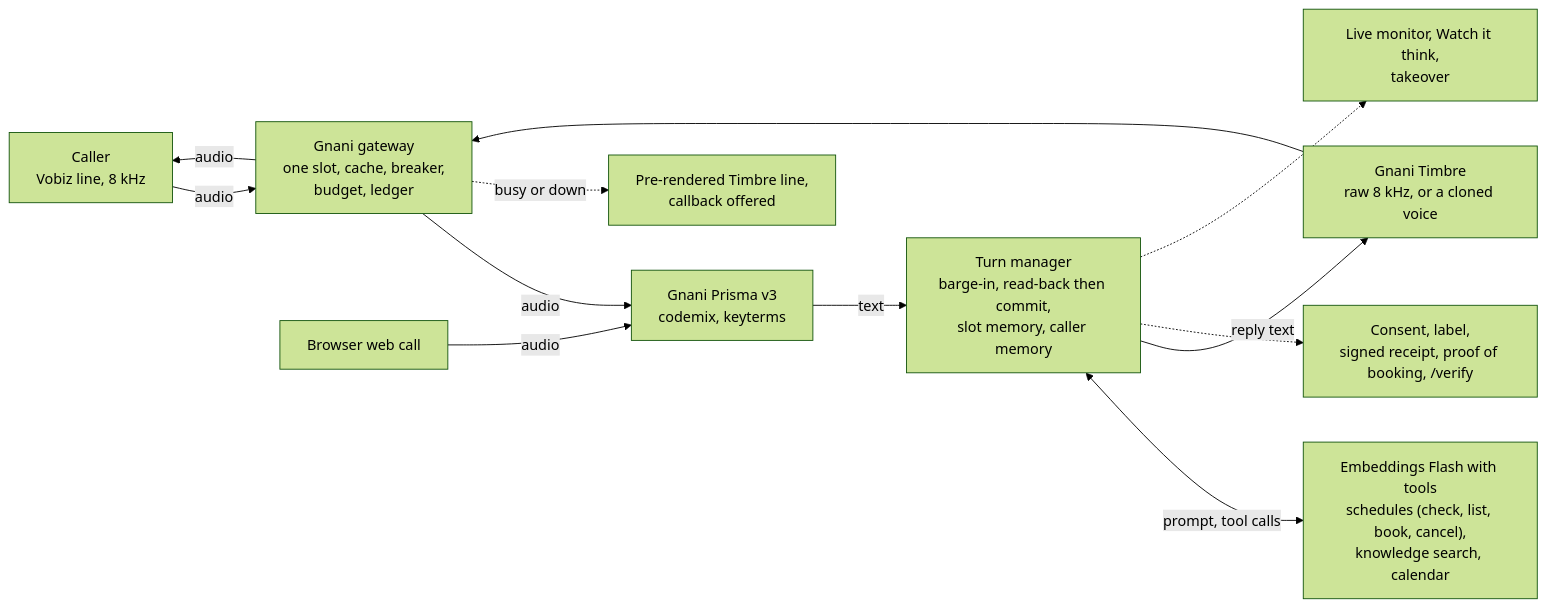
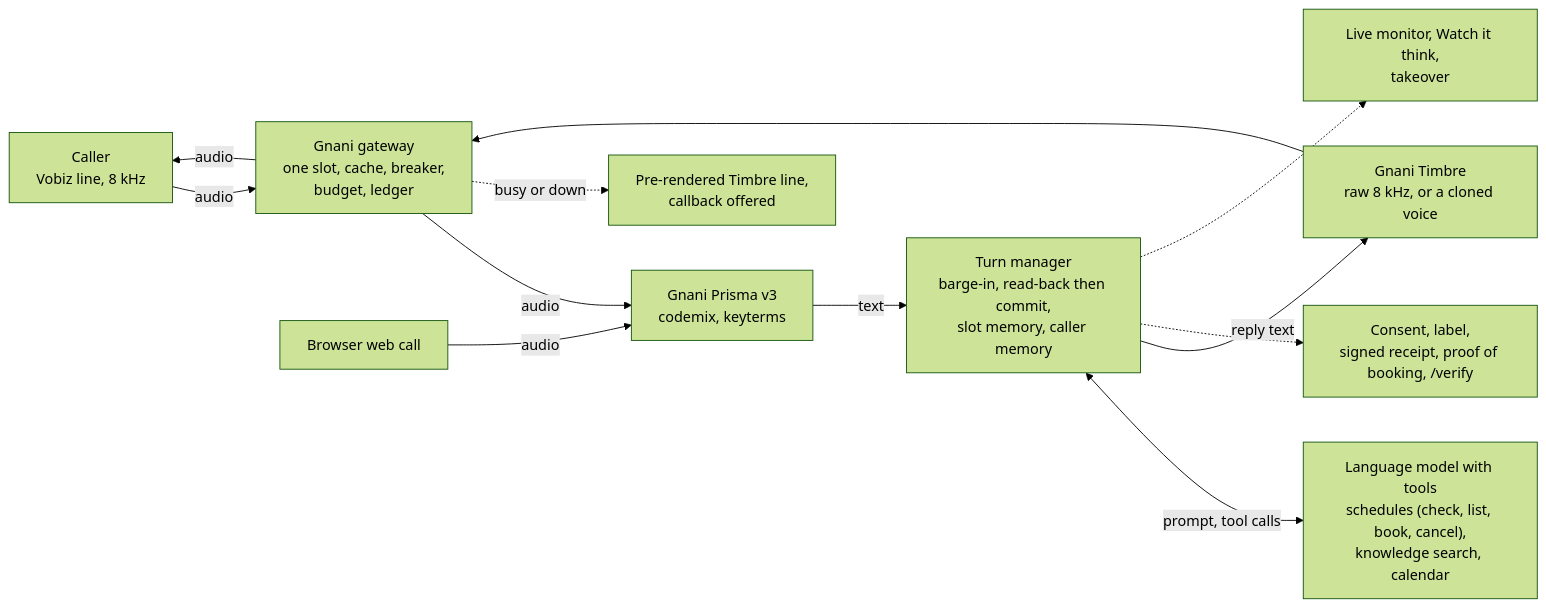
One commit to ayushcody/vakya changed the diagram in README.md. Above: the diagram before and after it, drawn with Mermaid (forest theme). The commit also changed other lines of this file and 49 other files, not shown here.

First line of the commit message:
Hosted language model as the primary reply model; team and integration credits

````diff
--- a/README.md
+++ b/README.md
@@ -70,14 +70,14 @@
 ```mermaid
 flowchart LR
     C["Caller<br/>Vobiz line, 8 kHz"] -->|audio| G["Gnani gateway<br/>one slot, cache, breaker,<br/>budget, ledger"]
     G -->|audio| P["Gnani Prisma v3<br/>codemix, keyterms"]
     P -->|text| T["Turn manager<br/>barge-in, read-back then commit,<br/>slot memory, caller memory"]
-    T <-->|prompt, tool calls| L["Embeddings Flash with tools<br/>schedules (check, list, book, cancel),<br/>knowledge search, calendar"]
+    T <-->|prompt, tool calls| L["Language model with tools<br/>schedules (check, list, book, cancel),<br/>knowledge search, calendar"]
     T -->|reply text| S["Gnani Timbre<br/>raw 8 kHz, or a cloned voice"]
     S --> G
     G -->|audio| C
     G -.->|busy or down| H["Pre-rendered Timbre line,<br/>callback offered"]
     T -.-> R["Consent, label,<br/>signed receipt, proof of booking, /verify"]
     T -.-> M["Live monitor, Watch it think,<br/>takeover"]
     W["Browser web call"] -->|audio| P
 ```
````
